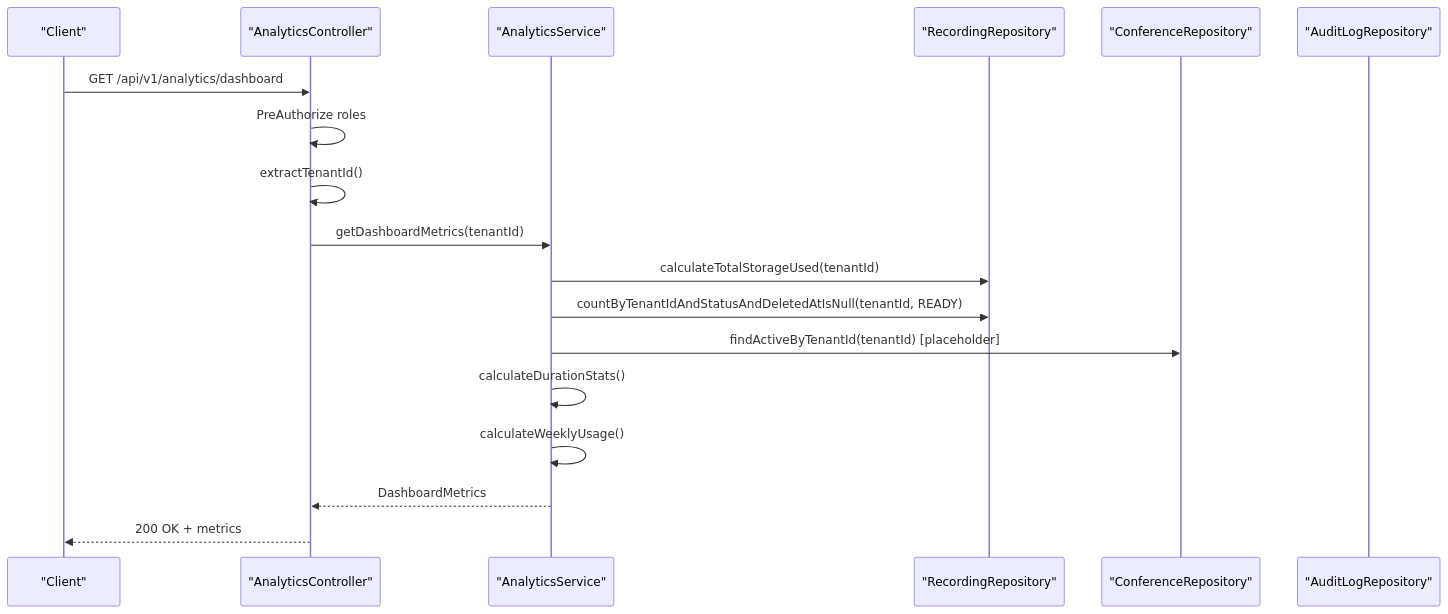
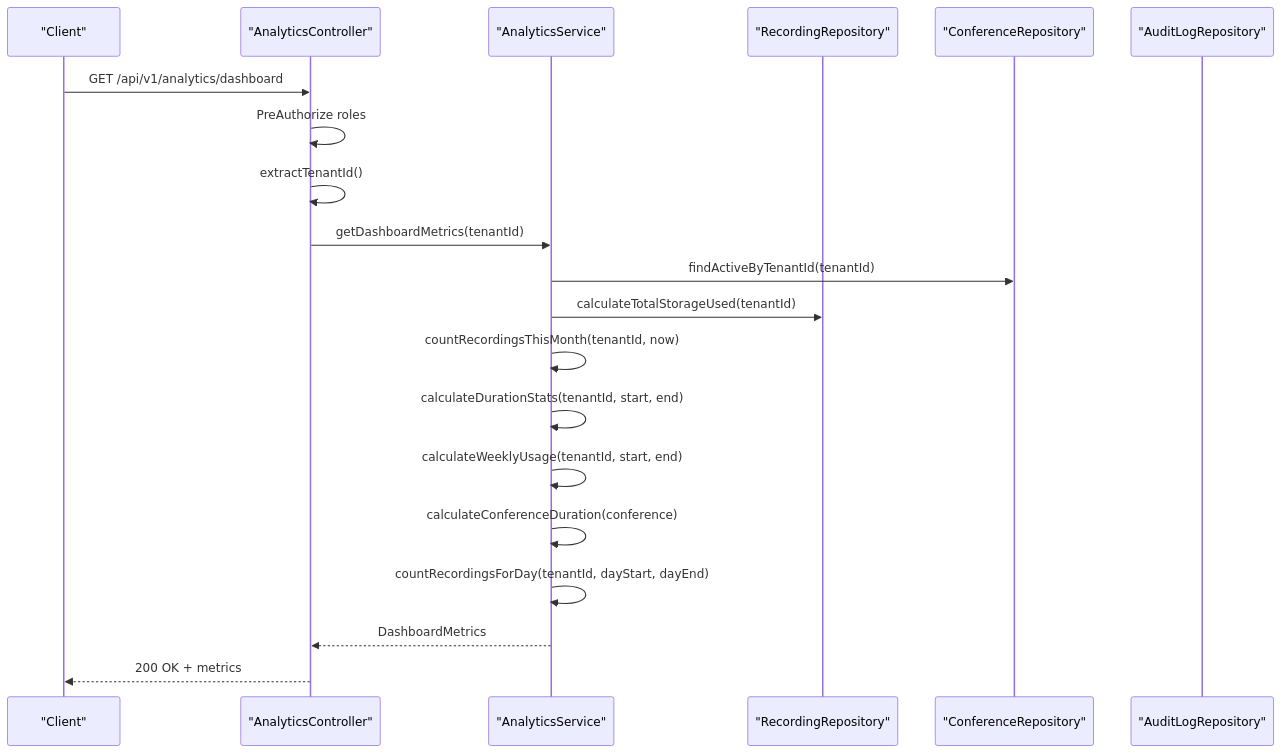
The second of 3 diagrams in .qoder/repowiki/en/content/Backend Modules/API Layer/Analytics and Reporting Controller.md (Vostrikov2014/vks-qoder), drawn with Mermaid before and after one commit. The commit also changed other lines of this file and 5 other files, not shown here.

````diff
--- a/.qoder/repowiki/en/content/Backend Modules/API Layer/Analytics and Reporting Controller.md
+++ b/.qoder/repowiki/en/content/Backend Modules/API Layer/Analytics and Reporting Controller.md
@@ -130,20 +142,22 @@
 ```mermaid
 sequenceDiagram
 participant Client as "Client"
 participant Controller as "AnalyticsController"
 participant Service as "AnalyticsService"
 participant Repo1 as "RecordingRepository"
 participant Repo2 as "ConferenceRepository"
 participant Repo3 as "AuditLogRepository"
 Client->>Controller : GET /api/v1/analytics/dashboard
 Controller->>Controller : PreAuthorize roles
 Controller->>Controller : extractTenantId()
 Controller->>Service : getDashboardMetrics(tenantId)
+Service->>Repo2 : findActiveByTenantId(tenantId)
 Service->>Repo1 : calculateTotalStorageUsed(tenantId)
-Service->>Repo1 : countByTenantIdAndStatusAndDeletedAtIsNull(tenantId, READY)
-Service->>Repo2 : findActiveByTenantId(tenantId) [placeholder]
-Service->>Service : calculateDurationStats()
-Service->>Service : calculateWeeklyUsage()
+Service->>Service : countRecordingsThisMonth(tenantId, now)
+Service->>Service : calculateDurationStats(tenantId, start, end)
+Service->>Service : calculateWeeklyUsage(tenantId, start, end)
+Service->>Service : calculateConferenceDuration(conference)
+Service->>Service : countRecordingsForDay(tenantId, dayStart, dayEnd)
 Service-->>Controller : DashboardMetrics
 Controller-->>Client : 200 OK + metrics
 ```
````
